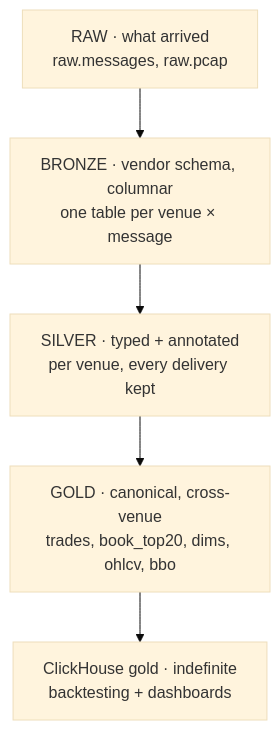
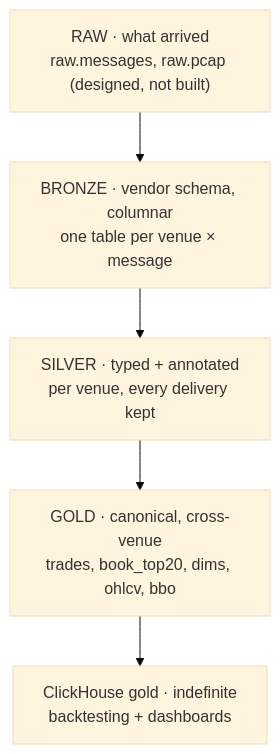
One commit to rjdscott/k2-market-data-platform changed the diagram in docs/architecture/12-data-strategy.md. Above: the diagram before and after it, drawn with Mermaid (base theme). The commit also changed other lines of this file and 22 other files, not shown here.

First line of the commit message:
docs(architecture): concept chapters, book voice for 04-11, review pass (#110)

````diff
--- a/docs/architecture/12-data-strategy.md
+++ b/docs/architecture/12-data-strategy.md
@@ -22,9 +21,9 @@
 ```mermaid
 flowchart TB
-  R["RAW · what arrived<br/>raw.messages, raw.pcap"]
+  R["RAW · what arrived<br/>raw.messages, raw.pcap (designed, not built)"]
   B["BRONZE · vendor schema, columnar<br/>one table per venue × message"]
   S["SILVER · typed + annotated<br/>per venue, every delivery kept"]
   G["GOLD · canonical, cross-venue<br/>trades, book_top20, dims, ohlcv, bbo"]
   CH["ClickHouse gold · indefinite<br/>backtesting + dashboards"]
   R --> B --> S --> G --> CH
 ```
````
